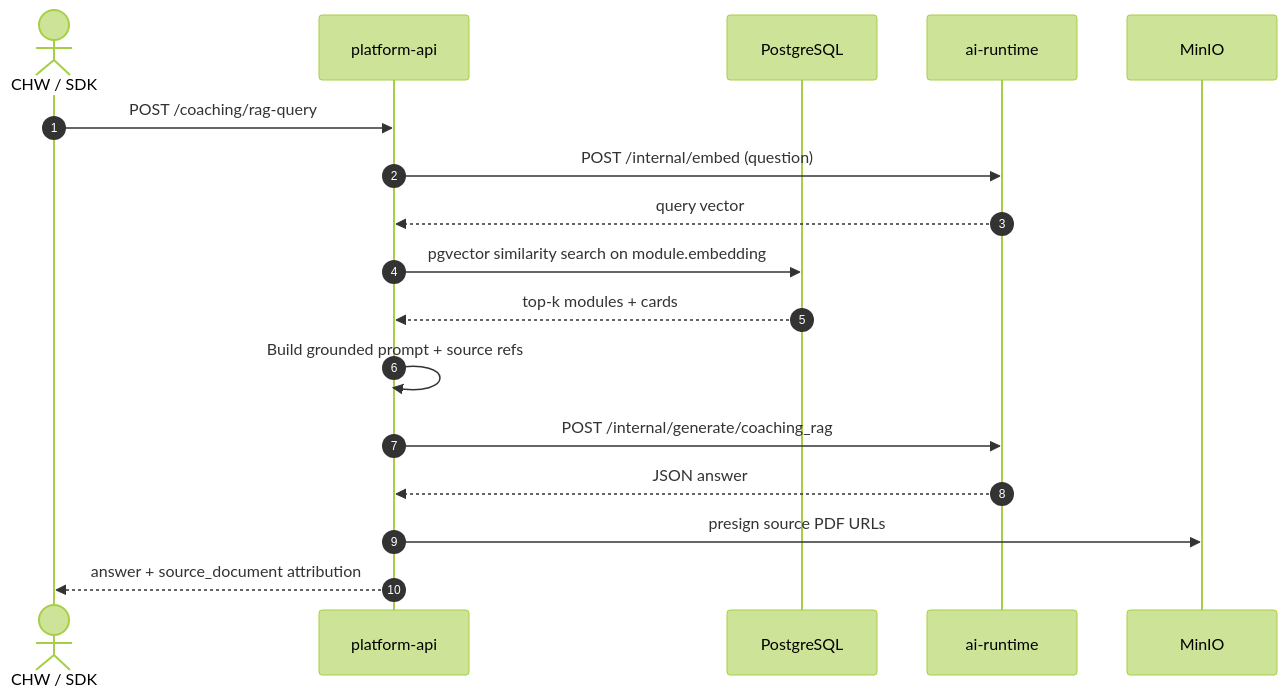
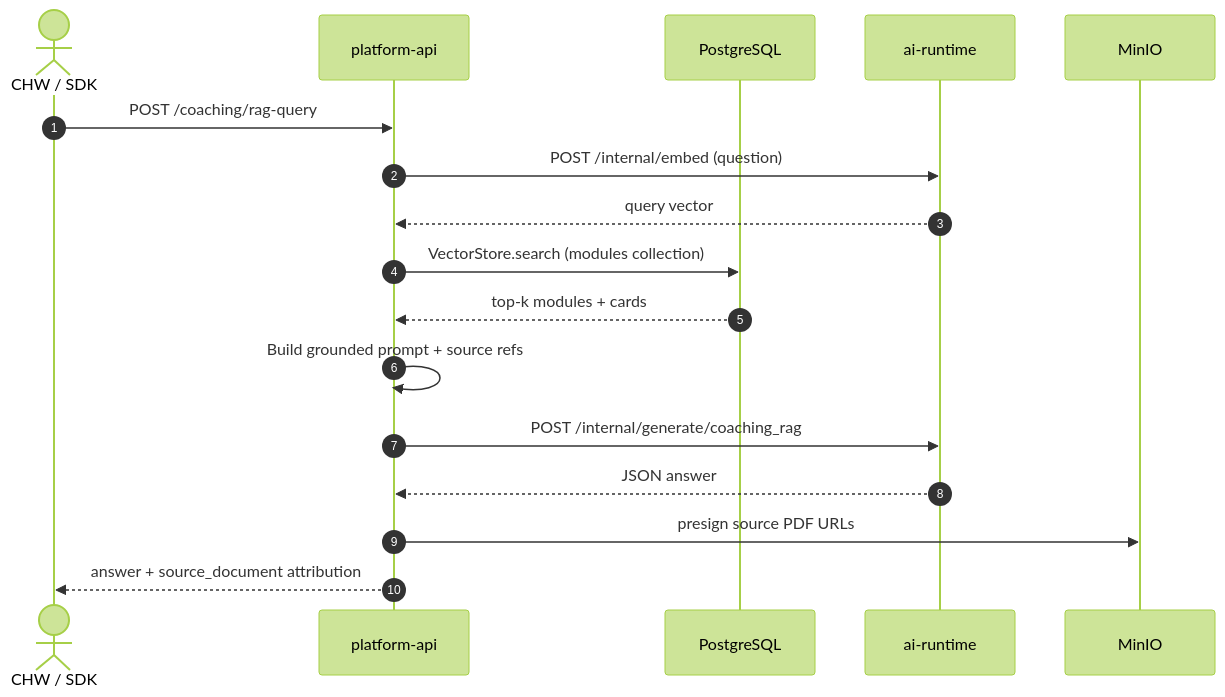
Before and after one commit to sanket04-beehyv/spice-coaching: the eighth of 11 diagrams in docs/ARCHITECTURE.md, drawn with Mermaid (forest theme). The commit also changed other lines of this file and 501 other files, not shown here.

````diff
--- a/docs/ARCHITECTURE.md
+++ b/docs/ARCHITECTURE.md
@@ -482,20 +485,20 @@
 ```mermaid
 sequenceDiagram
     autonumber
     actor CHW as CHW / SDK
     participant API as platform-api
     participant PG as PostgreSQL
     participant AI as ai-runtime
     participant MinIO as MinIO
 
     CHW->>API: POST /coaching/rag-query
     API->>AI: POST /internal/embed (question)
     AI-->>API: query vector
-    API->>PG: pgvector similarity search on module.embedding
+    API->>PG: VectorStore.search (modules collection)
     PG-->>API: top-k modules + cards
     API->>API: Build grounded prompt + source refs
     API->>AI: POST /internal/generate/coaching_rag
     AI-->>API: JSON answer
     API->>MinIO: presign source PDF URLs
     API-->>CHW: answer + source_document attribution
 ```
````
